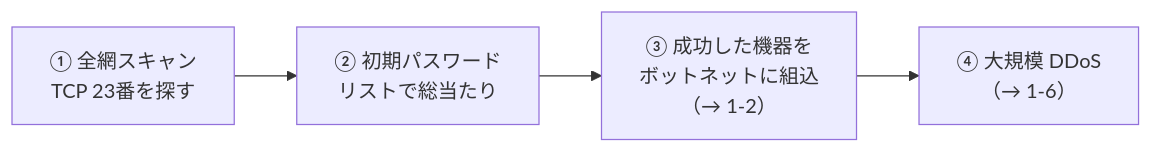
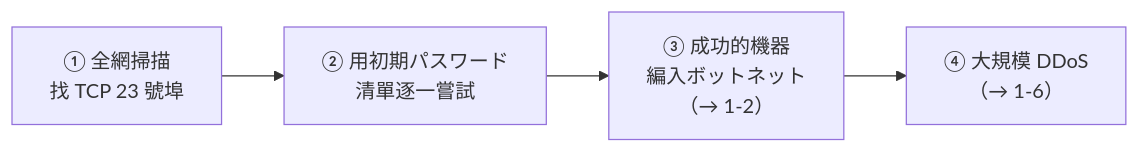
Before and after one commit to hakudevtw/cert_jp_sg: the second of 2 diagrams in sg-vocab/ch1-サイバー攻撃手法/1-10-その他の攻撃手法.md, drawn with Mermaid. The commit also changed other lines of this file and 29 other files, not shown here.

````diff
--- a/sg-vocab/ch1-サイバー攻撃手法/1-10-その他の攻撃手法.md
+++ b/sg-vocab/ch1-サイバー攻撃手法/1-10-その他の攻撃手法.md
@@ -225,6 +310,6 @@
 ```mermaid
 flowchart LR
-    A["① 全網スキャン<br/>TCP 23番を探す"] --> B["② 初期パスワード<br/>リストで総当たり"]
-    B --> C["③ 成功した機器を<br/>ボットネットに組込<br/>（→ 1-2）"]
+    A["① 全網掃描<br/>找 TCP 23 號埠"] --> B["② 用初期パスワード<br/>清單逐一嘗試"]
+    B --> C["③ 成功的機器<br/>編入ボットネット<br/>（→ 1-2）"]
     C --> D["④ 大規模 DDoS<br/>（→ 1-6）"]
 ```
````
